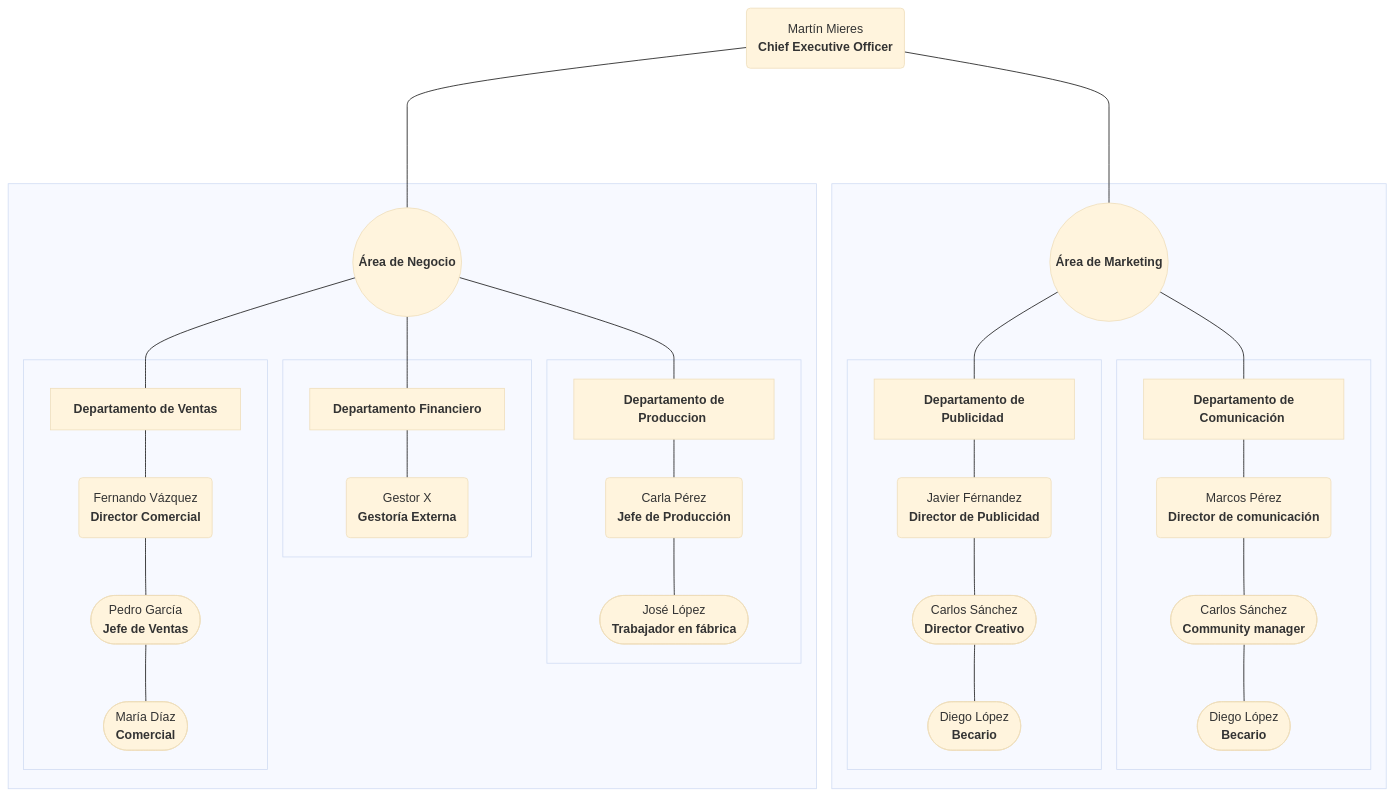
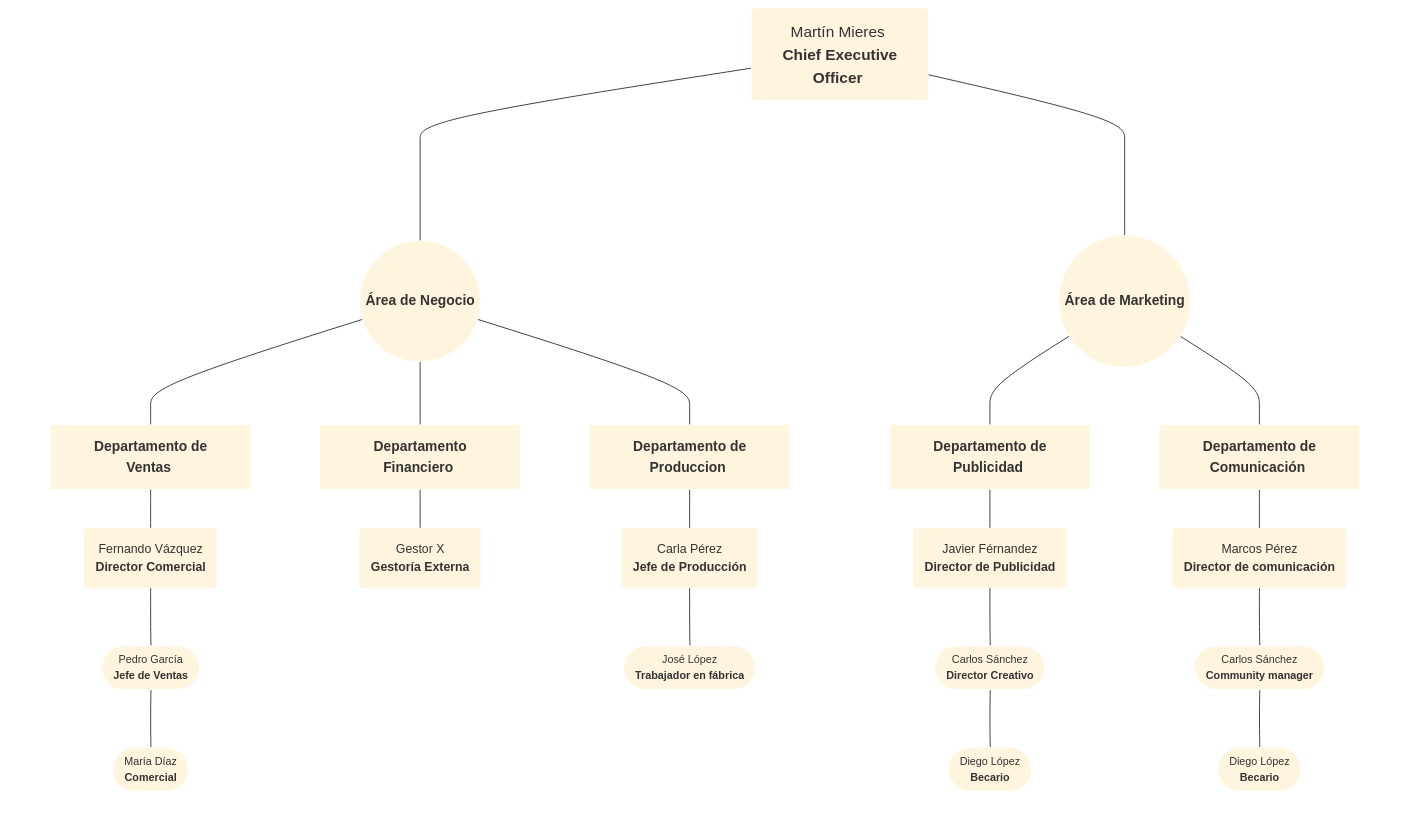
One commit to MiguelEstebanG/diagram changed the diagram in README.md. Above: the diagram before and after it, drawn with Mermaid (base theme).

````diff
--- a/README.md
+++ b/README.md
@@ -3,6 +3,53 @@
 ```mermaid
 
 graph TD;
+
+    classDef integrantes fill:#ff, stroke:#fff, stroke-width:0.5px, font-size: 20px;
+    classDef departamento fill:none, stroke:none;
+    classDef area fill:#ff, stroke:#fff, stroke-width:0.5px, font-size: 18px;
+    classDef subdpto fill:#ff, stroke:#fff, stroke-width:0.5px, font-size: 18px; 
+    classDef integrantes2 fill:#ff, stroke:#fff, stroke-width:0.5px, font-size: 16px;
+    classDef integrantes3 fill:#ff, stroke:#fff, stroke-width:0.5px, font-size: 14px;
+
+    
+
+    %% Aplicacion de estilos a los departamentos
+    departamentodeMarketing:::departamento
+    departamentoDeComunicacion:::departamento
+    departamentoDePublicidad:::departamento
+    departamentodeNegocio:::departamento
+    departamentoDeProduccion:::departamento
+    departamentoFinanciero:::departamento
+    departamentoDeVentas:::departamento
+    
+
+
+    %% Aplicacion de estilos a los subdepartamentos
+    dptoComunicacion:::subdpto
+    dptoPublicidad:::subdpto
+    dptoProduccion:::subdpto
+    dptoFinanciero:::subdpto
+    dptoVentas:::subdpto
+   
+
+    %% Aplicacion de estilos a las areas
+    areaDeMarketing:::area
+    areaDeNegocio:::area
+
+    %% Aplicacion de estilos a los integrantes
+    ceo:::integrantes
+    directorDeComunicacion:::integrantes2
+    directorDePublicidad:::integrantes2
+    jefeDeProduccion:::integrantes2
+    gestoria:::integrantes2
+    directorComercial:::integrantes2
+    communityManager:::integrantes3
+    becario1:::integrantes3
+    directorCreativo:::integrantes3
+    becario2:::integrantes3
+    trabajador:::integrantes3
+    jefeDeVentas:::integrantes3
+    comercial:::integrantes3
 
    %% Definicion de relaciones
     ceo ----- areaDeMarketing
````
